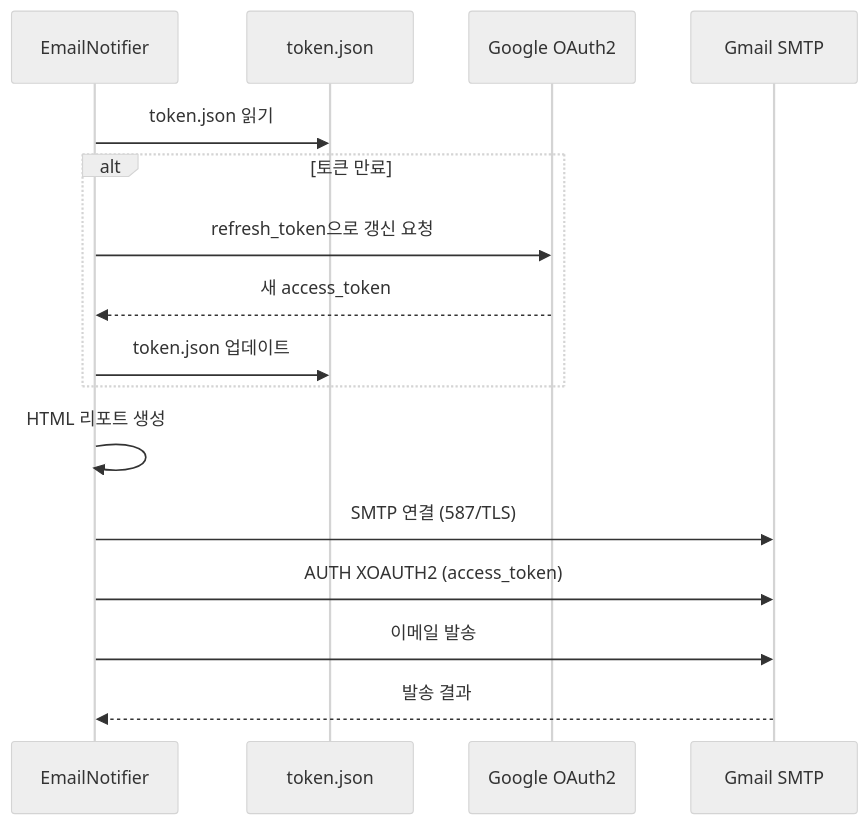
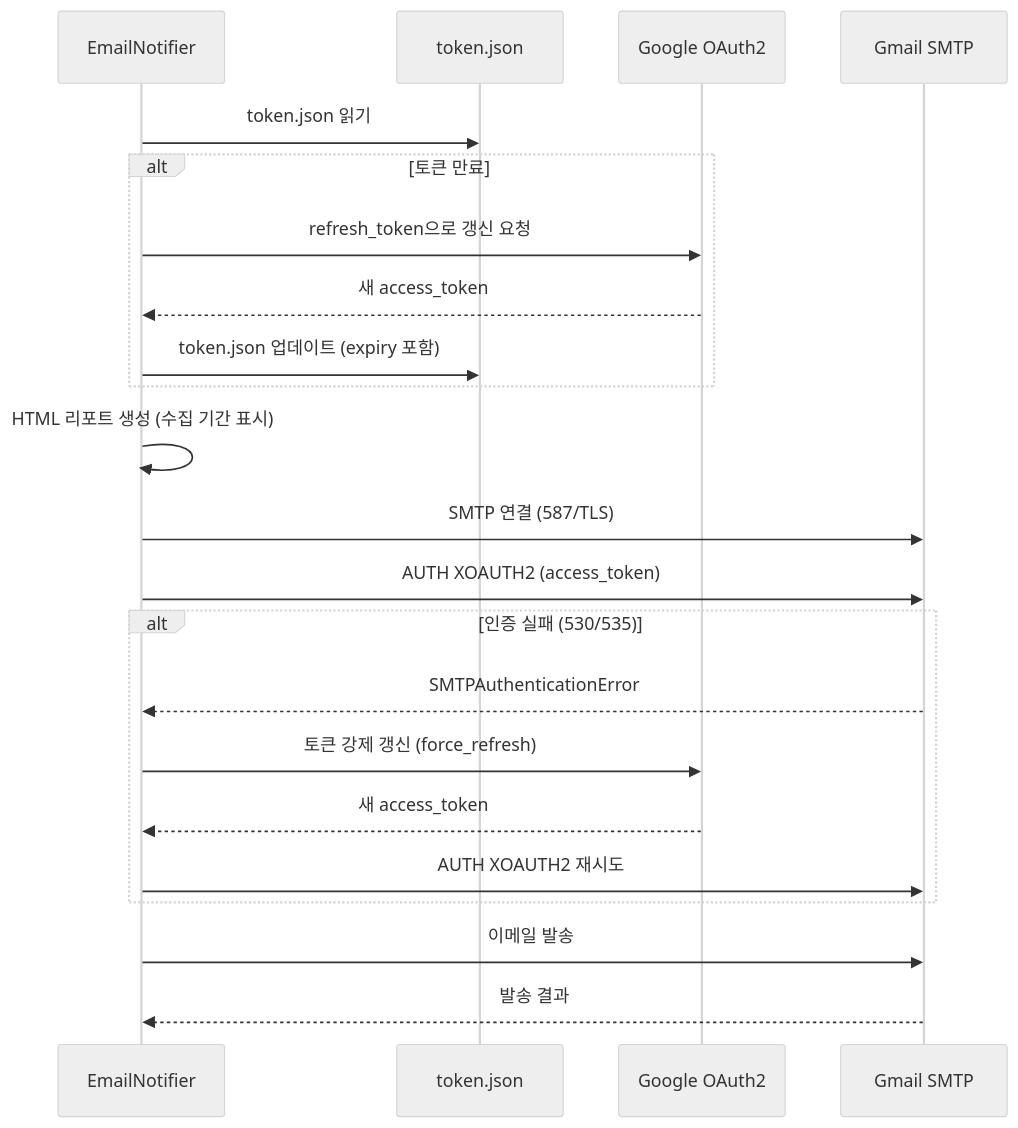
One commit to choec53-art/test changed the sixth of 6 diagrams in README.md. Above: the diagram before and after it, drawn with Mermaid (neutral theme). The commit also changed other lines of this file and 3 other files, not shown here.

````diff
--- a/README.md
+++ b/README.md
@@ -185,19 +218,25 @@
 ```mermaid
 sequenceDiagram
     participant N as EmailNotifier
     participant T as token.json
     participant G as Google OAuth2
     participant S as Gmail SMTP
 
     N->>T: token.json 읽기
     alt 토큰 만료
         N->>G: refresh_token으로 갱신 요청
         G-->>N: 새 access_token
-        N->>T: token.json 업데이트
+        N->>T: token.json 업데이트 (expiry 포함)
     end
-    N->>N: HTML 리포트 생성
+    N->>N: HTML 리포트 생성 (수집 기간 표시)
     N->>S: SMTP 연결 (587/TLS)
     N->>S: AUTH XOAUTH2 (access_token)
+    alt 인증 실패 (530/535)
+        S-->>N: SMTPAuthenticationError
+        N->>G: 토큰 강제 갱신 (force_refresh)
+        G-->>N: 새 access_token
+        N->>S: AUTH XOAUTH2 재시도
+    end
     N->>S: 이메일 발송
     S-->>N: 발송 결과
 ```
````
